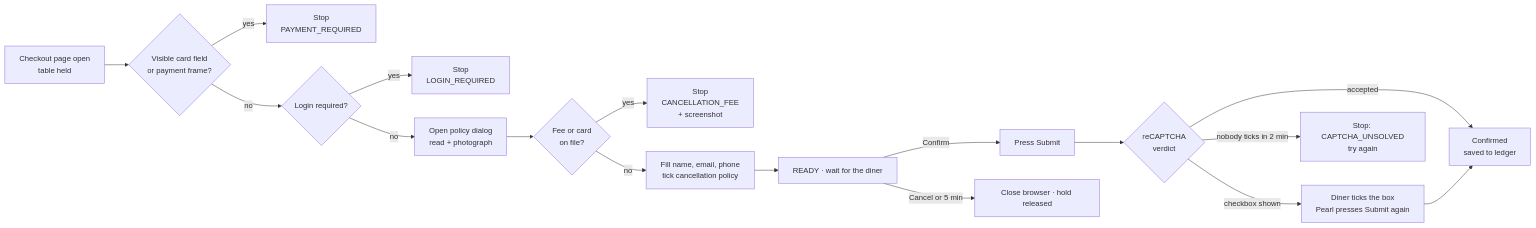
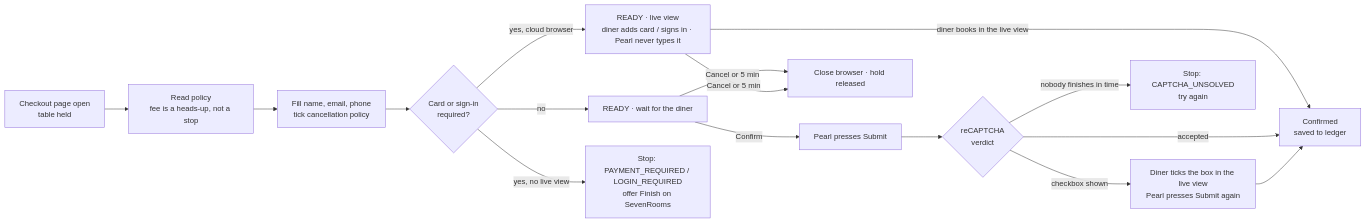
Before and after one commit to Dileep2896/pearl-table-concierge: the fifth of 7 diagrams in ARCHITECTURE.md, drawn with Mermaid. The commit also changed other lines of this file and 3 other files, not shown here.

First line of the commit message:
Docs: deployable AI key + card/login live-view finish

````diff
--- a/ARCHITECTURE.md
+++ b/ARCHITECTURE.md
@@ -98,19 +108,18 @@
 ```mermaid
 flowchart LR
-  A[Checkout page open<br/>table held] --> B{Visible card field<br/>or payment frame?}
-  B -->|yes| B1[Stop<br/>PAYMENT_REQUIRED]
-  B -->|no| C{Login required?}
-  C -->|yes| C1[Stop<br/>LOGIN_REQUIRED]
-  C -->|no| D[Open policy dialog<br/>read + photograph]
-  D --> E{Fee or card<br/>on file?}
-  E -->|yes| E1[Stop<br/>CANCELLATION_FEE<br/>+ screenshot]
-  E -->|no| F[Fill name, email, phone<br/>tick cancellation policy]
-  F --> G[READY · wait for the diner]
-  G -->|Confirm| H[Press Submit]
+  A[Checkout page open<br/>table held] --> D[Read policy<br/>fee is a heads-up, not a stop]
+  D --> F[Fill name, email, phone<br/>tick cancellation policy]
+  F --> B{Card or sign-in<br/>required?}
+  B -->|no| G[READY · wait for the diner]
+  B -->|yes, cloud browser| P[READY · live view<br/>diner adds card / signs in · Pearl never types it]
+  B -->|yes, no live view| B1[Stop: PAYMENT_REQUIRED / LOGIN_REQUIRED<br/>offer Finish on SevenRooms]
+  G -->|Confirm| H[Pearl presses Submit]
+  P -->|diner books in the live view| K
   H --> J{reCAPTCHA<br/>verdict}
   J -->|accepted| K[Confirmed<br/>saved to ledger]
-  J -->|checkbox shown| L[Diner ticks the box<br/>Pearl presses Submit again]
+  J -->|checkbox shown| L[Diner ticks the box in the live view<br/>Pearl presses Submit again]
   L --> K
-  J -->|nobody ticks in 2 min| M[Stop: CAPTCHA_UNSOLVED<br/>try again]
+  J -->|nobody finishes in time| M[Stop: CAPTCHA_UNSOLVED<br/>try again]
   G -->|Cancel or 5 min| I[Close browser · hold released]
+  P -->|Cancel or 5 min| I
 ```
````
